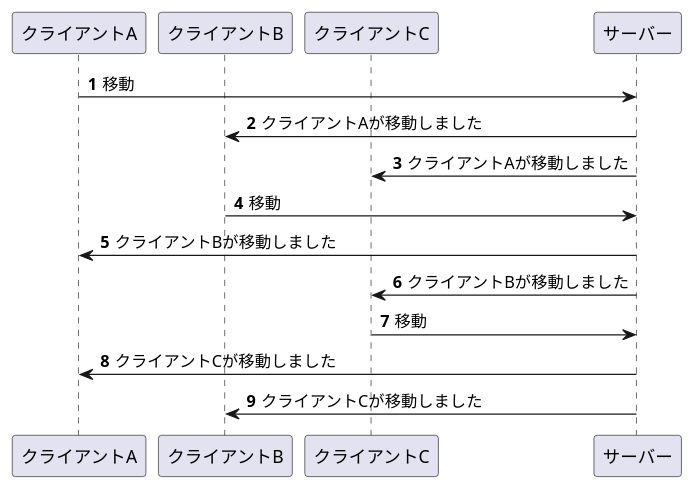
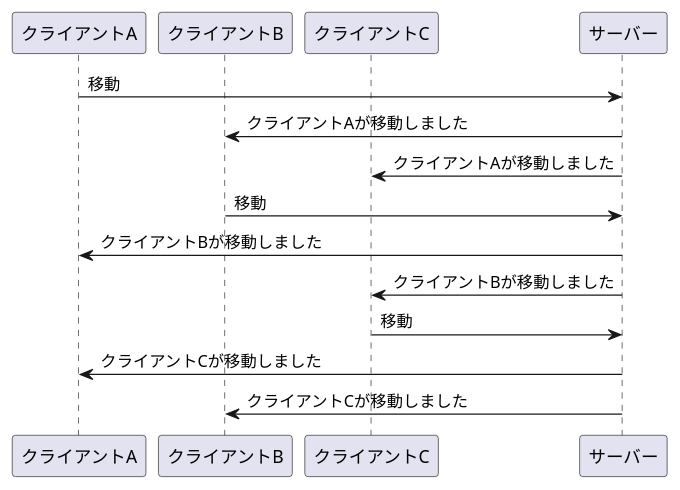
The diagram in Document/Move.puml (yuutotakamiya/realtime-game), drawn with PlantUML before and after one commit. The commit also changed 134 other files, not shown here.

```diff
--- a/Document/Move.puml
+++ b/Document/Move.puml
@@ -1,19 +1,19 @@
 @startuml
 'https://plantuml.com/sequence-diagram
+/'ユーザーの移動同期'/
 participant クライアントA
 participant クライアントB
 participant クライアントC
 participant サーバー
 
-autonumber
 
 クライアントA -> サーバー:移動
 クライアントB <- サーバー:クライアントAが移動しました
 クライアントC <- サーバー:クライアントAが移動しました
 クライアントB -> サーバー:移動
 クライアントA <- サーバー:クライアントBが移動しました
 クライアントC <- サーバー:クライアントBが移動しました
 クライアントC -> サーバー:移動
 クライアントA <- サーバー: クライアントCが移動しました
 クライアントB <- サーバー: クライアントCが移動しました
 @enduml
```
